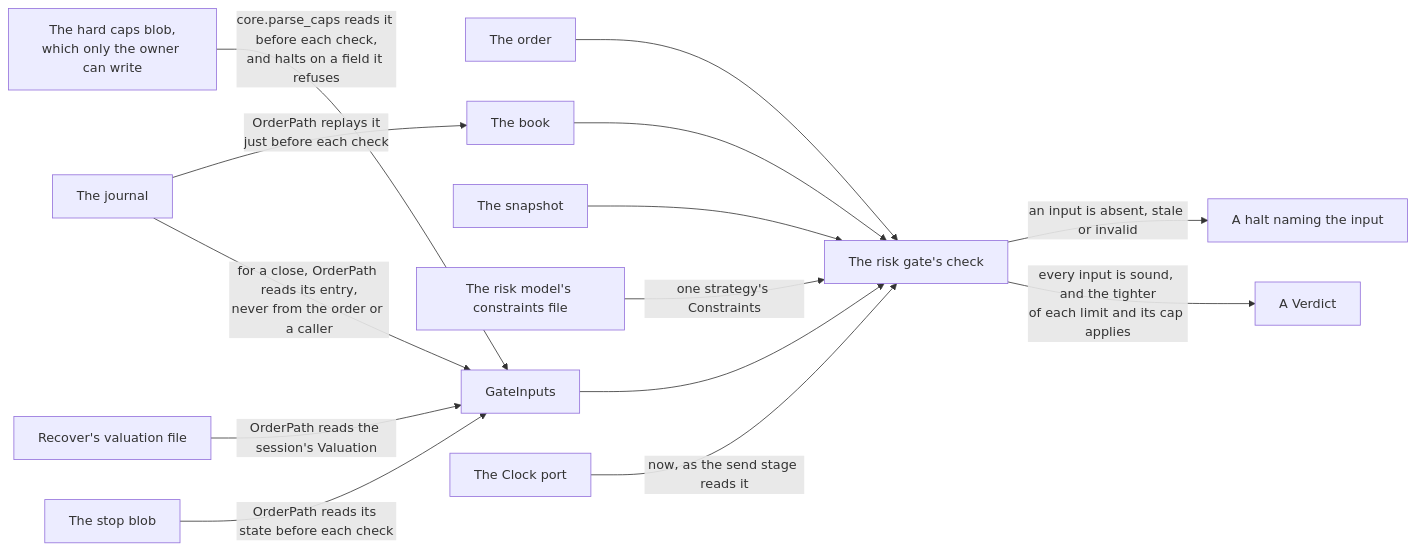
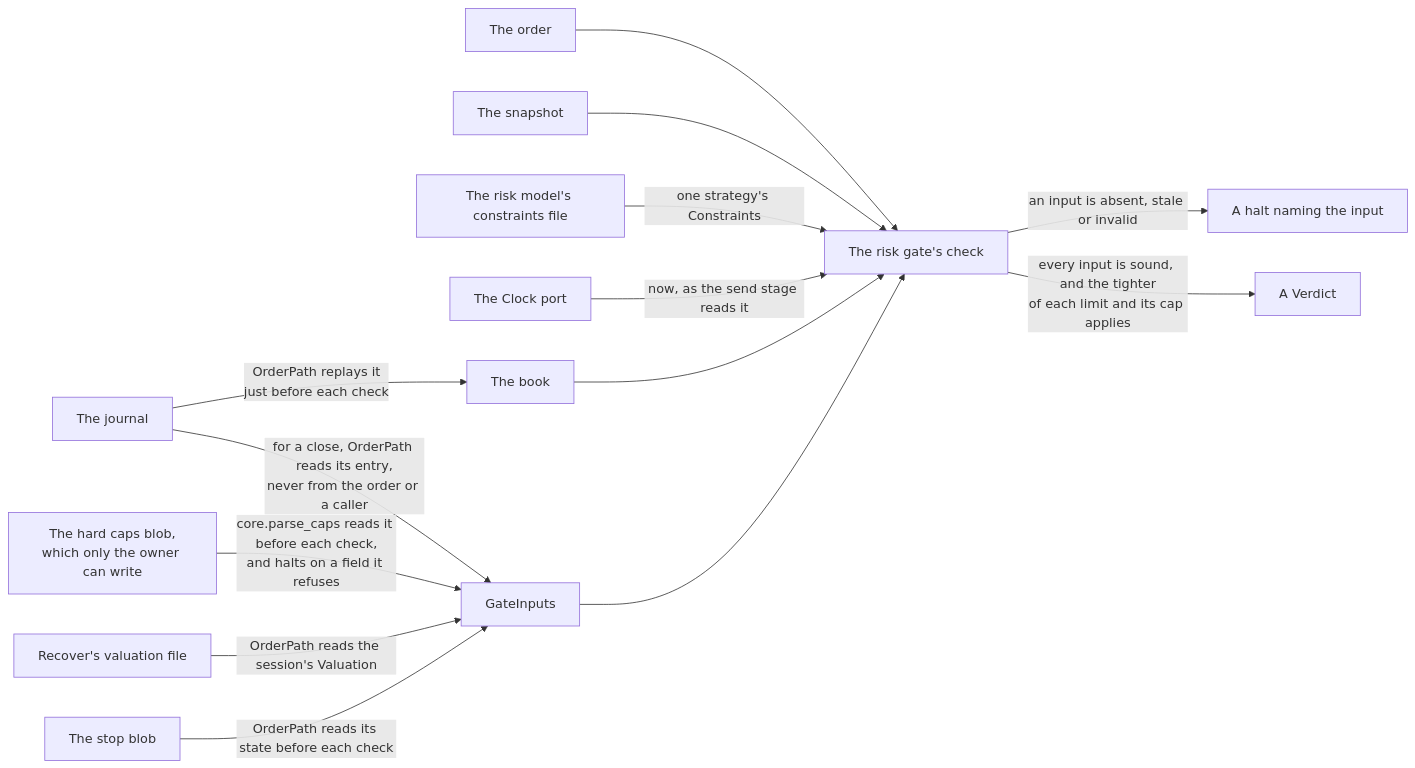
The sixth of 7 diagrams in docs/architecture/05-building-blocks.md (l3a0/ithildin-runtime), drawn with Mermaid before and after one commit. The commit also changed other lines of this file, not shown here.

Commit message:
docs(architecture): the gate's inputs in the order the figure draws them

````diff
--- a/docs/architecture/05-building-blocks.md
+++ b/docs/architecture/05-building-blocks.md
@@ -1031,29 +1031,29 @@
 ```mermaid
 flowchart LR
     order["The order"]
+    snapshot["The snapshot"]
+    file["The risk model's constraints file"]
+    now["The Clock port"]
     journal["The journal"]
     book["The book"]
-    snapshot["The snapshot"]
-    file["The risk model's constraints file"]
+    inputs["GateInputs"]
     caps["The hard caps blob,<br/>which only the owner can write"]
     v["Recover's valuation file"]
     stop["The stop blob"]
-    inputs["GateInputs"]
-    now["The Clock port"]
     gate["The risk gate's check"]
     verdict["A Verdict"]
     halt["A halt naming the input"]
     order --> gate
-    journal -->|"OrderPath replays it<br/>just before each check"| book
-    book --> gate
     snapshot --> gate
     file -->|"one strategy's Constraints"| gate
+    now -->|"now, as the send stage reads it"| gate
+    book --> gate
+    inputs --> gate
+    journal -->|"OrderPath replays it<br/>just before each check"| book
+    journal -->|"for a close, OrderPath reads its entry,<br/>never from the order or a caller"| inputs
     caps -->|"core.parse_caps reads it before each check,<br/>and halts on a field it refuses"| inputs
     v -->|"OrderPath reads the session's Valuation"| inputs
     stop -->|"OrderPath reads its state before each check"| inputs
-    journal -->|"for a close, OrderPath reads its entry,<br/>never from the order or a caller"| inputs
-    inputs --> gate
-    now -->|"now, as the send stage reads it"| gate
     gate -->|"an input is absent, stale or invalid"| halt
     gate -->|"every input is sound, and the tighter<br/>of each limit and its cap applies"| verdict
 ```
````
